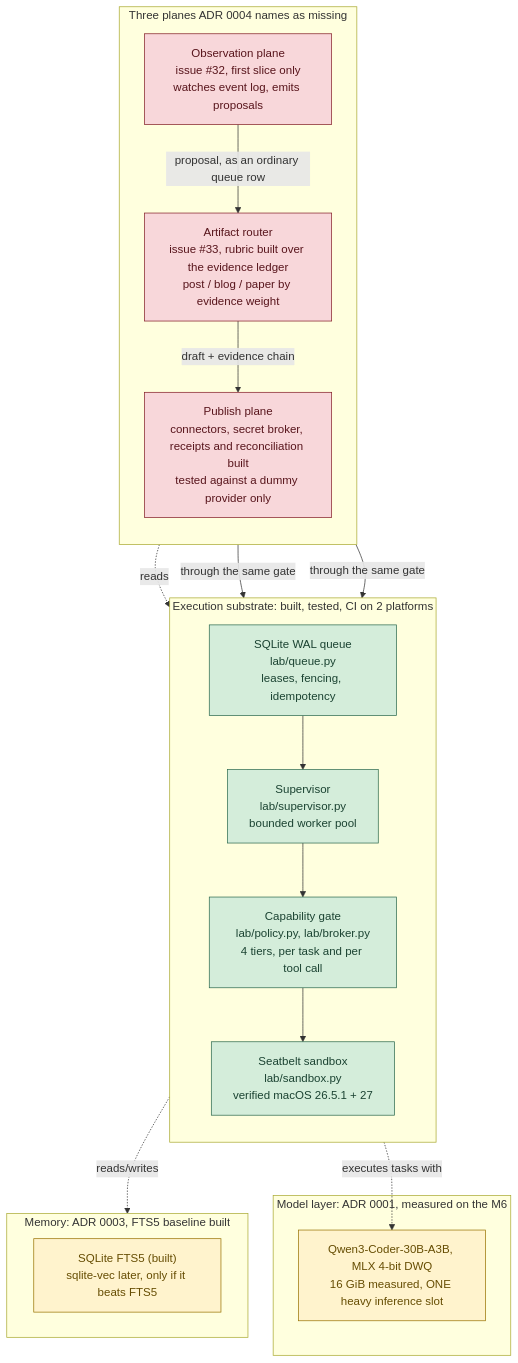
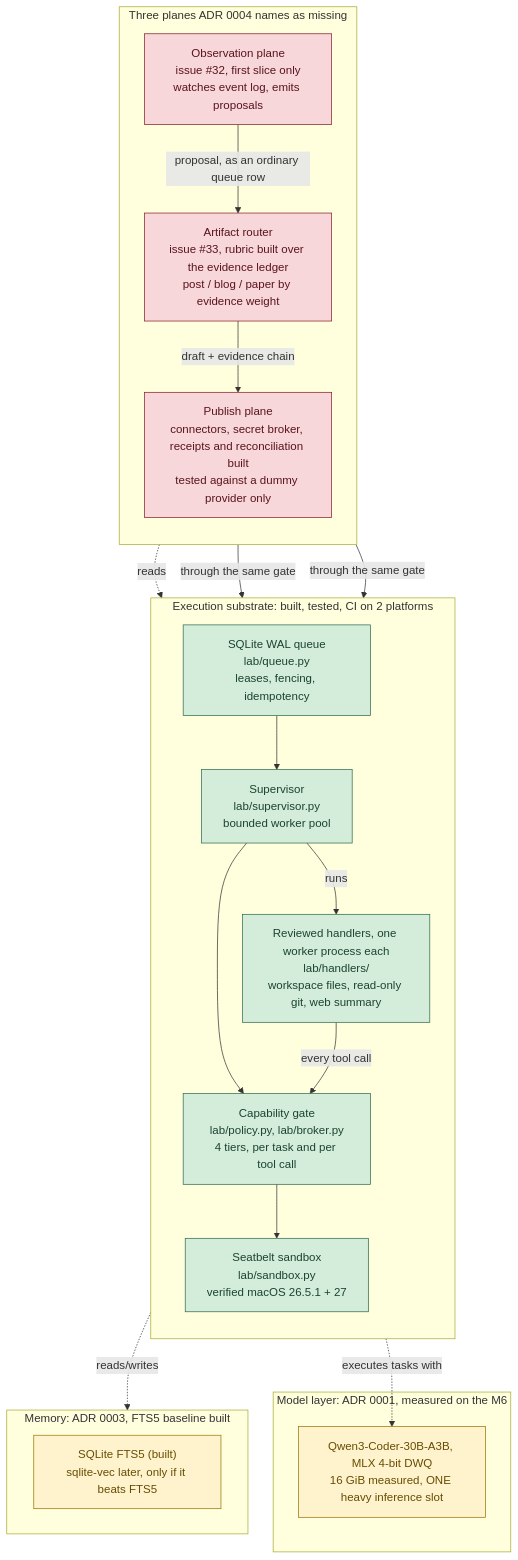
One commit to roshanaryal1/home-lab changed the diagram in docs/ARCHITECTURE.md. Above: the diagram before and after it, drawn with Mermaid. The commit also changed other lines of this file and 15 other files, not shown here.

````diff
--- a/docs/ARCHITECTURE.md
+++ b/docs/ARCHITECTURE.md
@@ -16,41 +16,44 @@
 ```mermaid
 flowchart TB
     subgraph substrate["Execution substrate: built, tested, CI on 2 platforms"]
         direction TB
         queue["SQLite WAL queue<br/>lab/queue.py<br/>leases, fencing, idempotency"]
         supervisor["Supervisor<br/>lab/supervisor.py<br/>bounded worker pool"]
         gate["Capability gate<br/>lab/policy.py, lab/broker.py<br/>4 tiers, per task and per tool call"]
         sandbox["Seatbelt sandbox<br/>lab/sandbox.py<br/>verified macOS 26.5.1 + 27"]
+        handlers["Reviewed handlers, one worker process each<br/>lab/handlers/<br/>workspace files, read-only git, web summary"]
         queue --> supervisor --> gate --> sandbox
+        supervisor -->|"runs"| handlers
+        handlers -->|"every tool call"| gate
     end
 
     subgraph model["Model layer: ADR 0001, measured on the M6"]
         heavy["Qwen3-Coder-30B-A3B, MLX 4-bit DWQ<br/>16 GiB measured, ONE heavy inference slot"]
     end
 
     subgraph memory["Memory: ADR 0003, FTS5 baseline built"]
         mem["SQLite FTS5 (built)<br/>sqlite-vec later, only if it beats FTS5"]
     end
 
     subgraph planes["Three planes ADR 0004 names as missing"]
         direction TB
         obs["Observation plane<br/>issue #32, first slice only<br/>watches event log, emits proposals"]
         router["Artifact router<br/>issue #33, rubric built over the evidence ledger<br/>post / blog / paper by evidence weight"]
         publish["Publish plane<br/>connectors, secret broker, receipts and reconciliation built<br/>tested against a dummy provider only"]
         obs -->|"proposal, as an ordinary queue row"| router
         router -->|"draft + evidence chain"| publish
     end
 
     supervisor -.->|"executes tasks with"| heavy
     supervisor -.->|"reads/writes"| memory
     obs -.->|"reads"| queue
     router -->|"through the same gate"| gate
     publish -->|"through the same gate"| gate
 
     classDef built fill:#d4edda,stroke:#2d6a4f,color:#1b4332
     classDef missing fill:#f8d7da,stroke:#842029,color:#58151c
     classDef designonly fill:#fff3cd,stroke:#997404,color:#664d03
-    class queue,supervisor,gate,sandbox built
+    class queue,supervisor,gate,sandbox,handlers built
     class obs,router,publish missing
     class heavy,mem designonly
 ```
````
